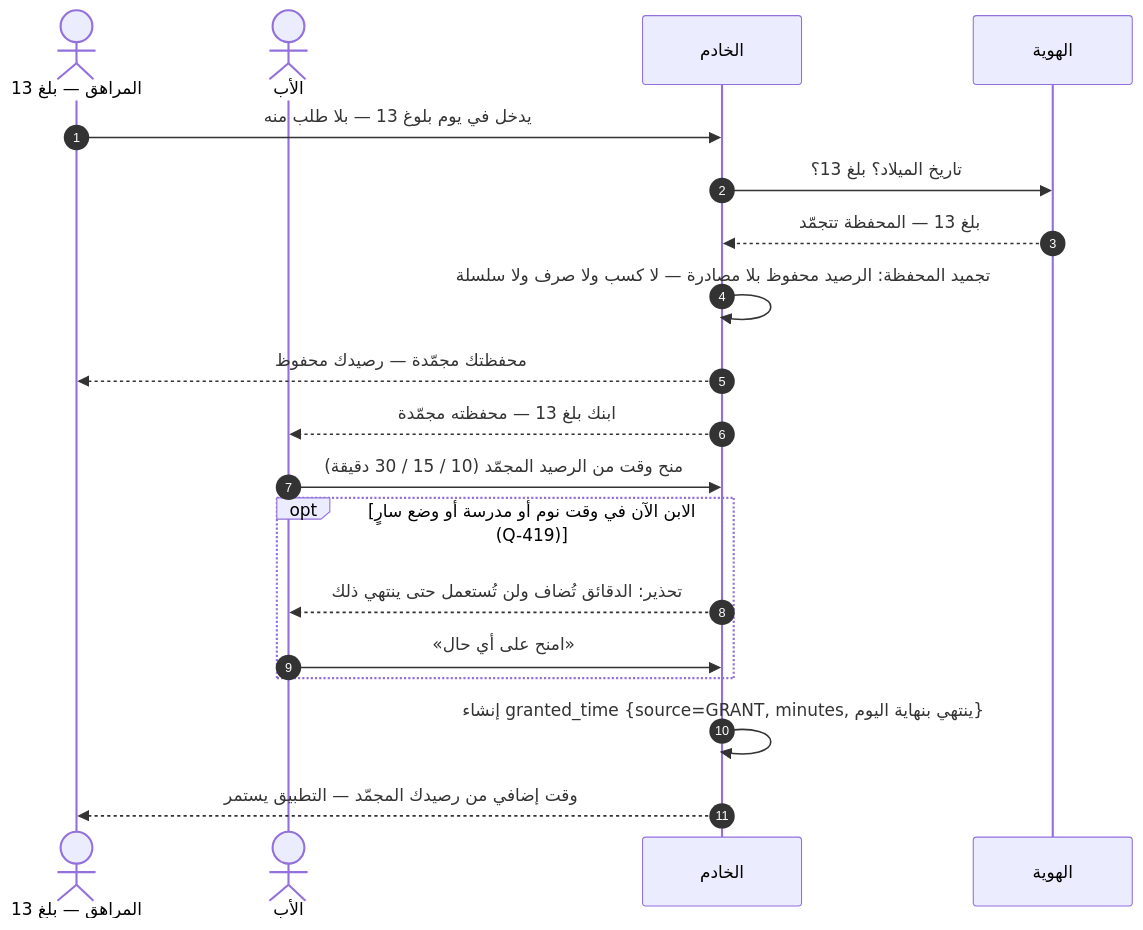
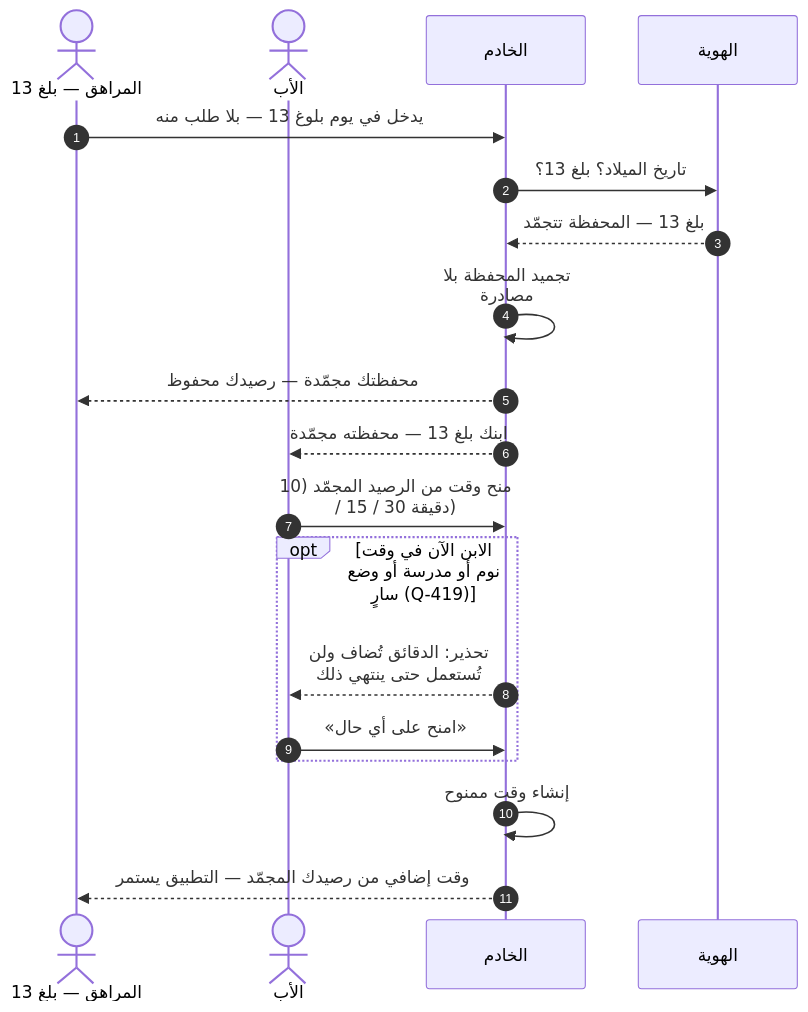
Diagram 13 of 26 in docs/family-os/governance/phases/phase-1/S1-05-rewards-children/DIAGRAMS.md (Bassam-mohammed-alqaeadi/family-os-v2), drawn with Mermaid before and after one commit. The commit also changed other lines of this file, not shown here.

````diff
--- a/docs/family-os/governance/phases/phase-1/S1-05-rewards-children/DIAGRAMS.md
+++ b/docs/family-os/governance/phases/phase-1/S1-05-rewards-children/DIAGRAMS.md
@@ -494,21 +574,22 @@
 ```mermaid
+%%{init: {"sequence": {"wrap": true}}}%%
 sequenceDiagram
     autonumber
     actor Teen as المراهق — بلغ 13
     actor Father as الأب
     participant Ktor as الخادم
     participant S102 as الهوية
     Teen->>Ktor: يدخل في يوم بلوغ 13 — بلا طلب منه
     Ktor->>S102: تاريخ الميلاد؟ بلغ 13؟
     S102-->>Ktor: بلغ 13 — المحفظة تتجمّد
-    Ktor->>Ktor: تجميد المحفظة: الرصيد محفوظ بلا مصادرة — لا كسب ولا صرف ولا سلسلة
+    Ktor->>Ktor: تجميد المحفظة بلا مصادرة
     Ktor-->>Teen: محفظتك مجمّدة — رصيدك محفوظ
     Ktor-->>Father: ابنك بلغ 13 — محفظته مجمّدة
     Father->>Ktor: منح وقت من الرصيد المجمّد (10 / 15 / 30 دقيقة)
     opt الابن الآن في وقت نوم أو مدرسة أو وضع سارٍ (Q-419)
         Ktor-->>Father: تحذير: الدقائق تُضاف ولن تُستعمل حتى ينتهي ذلك
         Father->>Ktor: «امنح على أي حال»
     end
-    Ktor->>Ktor: إنشاء granted_time {source=GRANT, minutes, ينتهي بنهاية اليوم}
+    Ktor->>Ktor: إنشاء وقت ممنوح
     Ktor-->>Teen: وقت إضافي من رصيدك المجمّد — التطبيق يستمر
 ```
````
